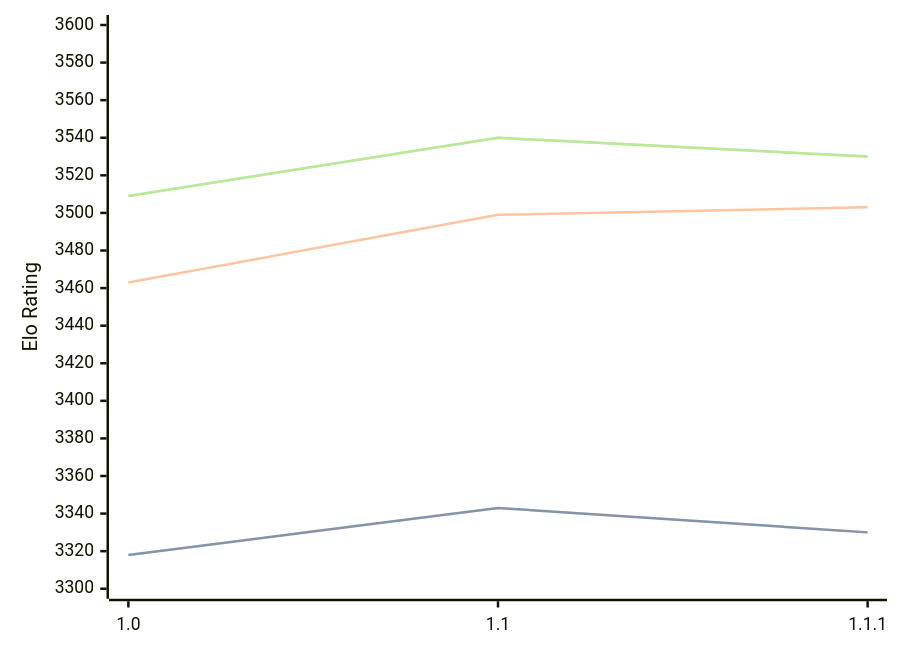
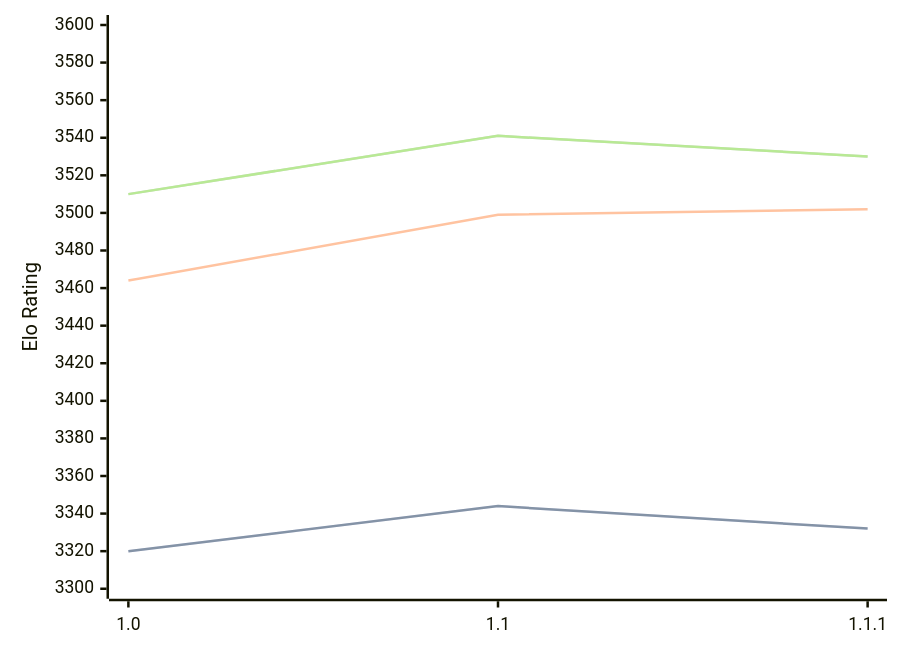
Before and after one commit to computer-chess-index/cci: the diagram in engines/Icarus.md, drawn with Mermaid. The commit also changed other lines of this file, not shown here.

Commit message:
Update CCI Ratings (ELO VLTC) - 2026-09-16

````diff
--- a/engines/Icarus.md
+++ b/engines/Icarus.md
@@ -33,11 +33,11 @@
 ```mermaid
 %%{init: {"theme":"base","themeVariables":{"seriesColors:['#a3a3a3','#222221','#faa371']}}}%%
 xychart-beta
   x-axis ["1.0", "1.1", "1.1.1"]
   y-axis "Elo Rating" 3300 --> 3600
-  line "" [3318, 3343, 3330]
-  line "STC (8.0+0.08s)" [3318, 3343, 3330]
-  line "LTC (60.0+0.60s)" [3463, 3499, 3503]
-  line "" [3509, 3540, 3530]
-  line "VLTC (2m24s+1.12s)" [3509, 3540, 3530]
+  line "" [3320, 3344, 3332]
+  line "STC (8.0+0.08s)" [3320, 3344, 3332]
+  line "LTC (60.0+0.60s)" [3464, 3499, 3502]
+  line "" [3510, 3541, 3530]
+  line "VLTC (2m24s+1.12s)" [3510, 3541, 3530]
 ```
````
